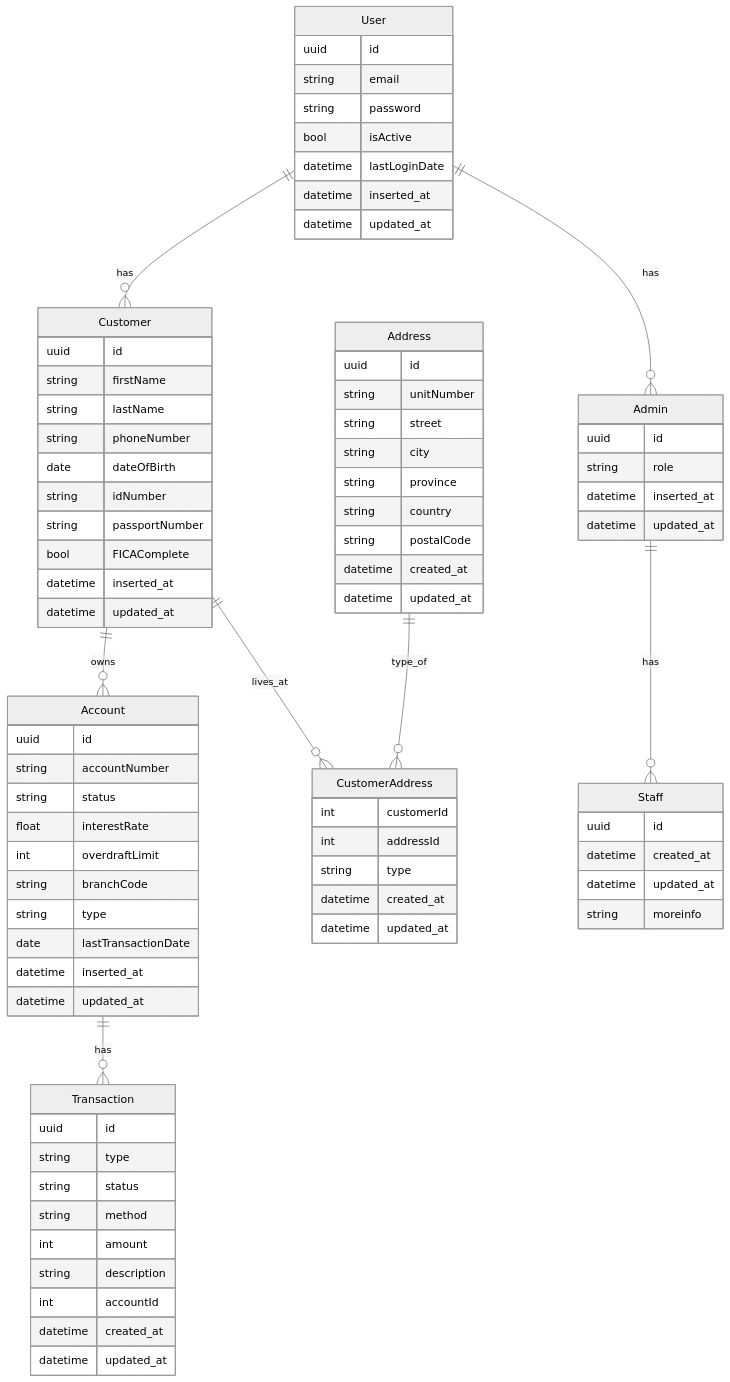
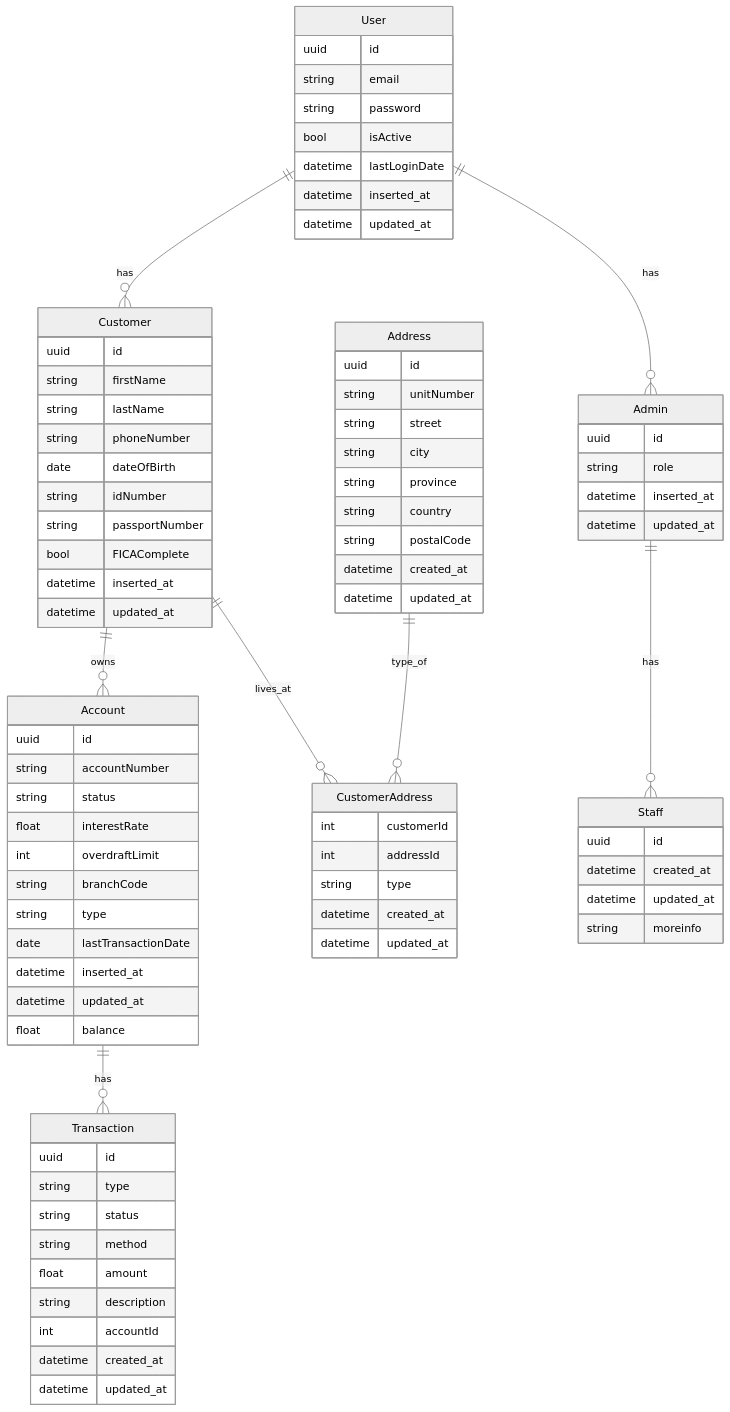
The first of 4 diagrams in TSBank.md (dotaviTS/Week-9), drawn with Mermaid (neutral theme) before and after one commit.

```diff
--- a/TSBank.md
+++ b/TSBank.md
@@ -278,6 +278,7 @@
 date lastTransactionDate
 datetime inserted_at
 datetime updated_at
+float balance
 }
 
 Transaction {
@@ -285,7 +286,7 @@
 string type
 string status
 string method
-int amount
+float amount
 string description
 int accountId
 datetime created_at
```
